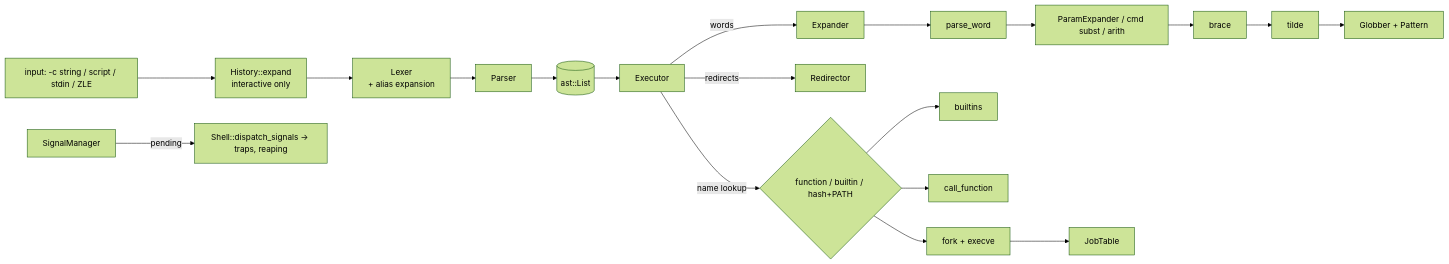
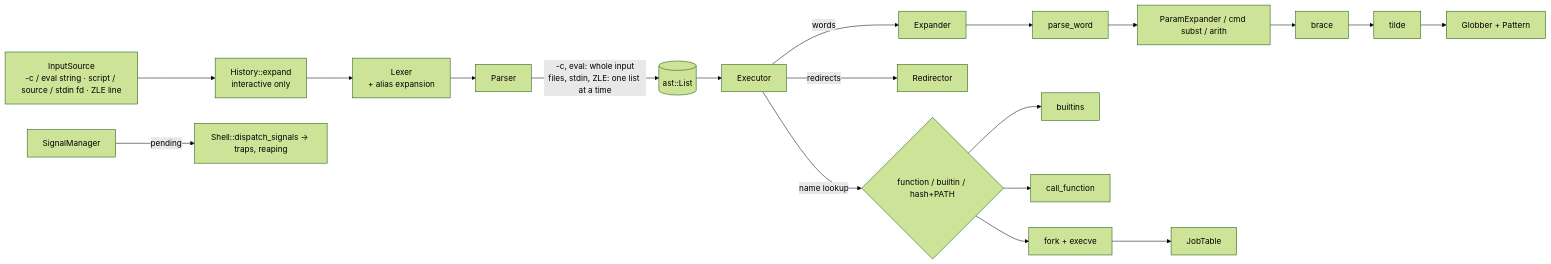
The diagram in TODO.md (armandli/myzsh), drawn with Mermaid (forest theme) before and after one commit. The commit also changed other lines of this file and 21 other files, not shown here.

Commit message:
correcting architectural design

````diff
--- a/TODO.md
+++ b/TODO.md
@@ -84,18 +86,18 @@
 ```mermaid
 flowchart LR
-  IN[input: -c string / script / stdin / ZLE] --> HX[History::expand<br/>interactive only]
+  IN[InputSource<br/>-c / eval string · script / source / stdin fd · ZLE line] --> HX[History::expand<br/>interactive only]
   HX --> LX[Lexer<br/>+ alias expansion]
   LX --> PS[Parser]
-  PS --> AST[(ast::List)]
+  PS -->|"-c, eval: whole input<br/>files, stdin, ZLE: one list at a time"| AST[(ast::List)]
   AST --> EX[Executor]
   EX -->|words| XP[Expander]
   XP --> WP[parse_word] --> PE[ParamExpander / cmd subst / arith]
   PE --> BR[brace] --> TL[tilde] --> GL[Globber + Pattern]
   EX -->|redirects| RD[Redirector]
   EX -->|name lookup| T{function / builtin / hash+PATH}
   T --> BI[builtins]
   T --> FN[call_function]
   T --> EXT[fork + execve]
   EXT --> JB[JobTable]
   SIG[SignalManager] -->|pending| SH[Shell::dispatch_signals → traps, reaping]
 ```
````
